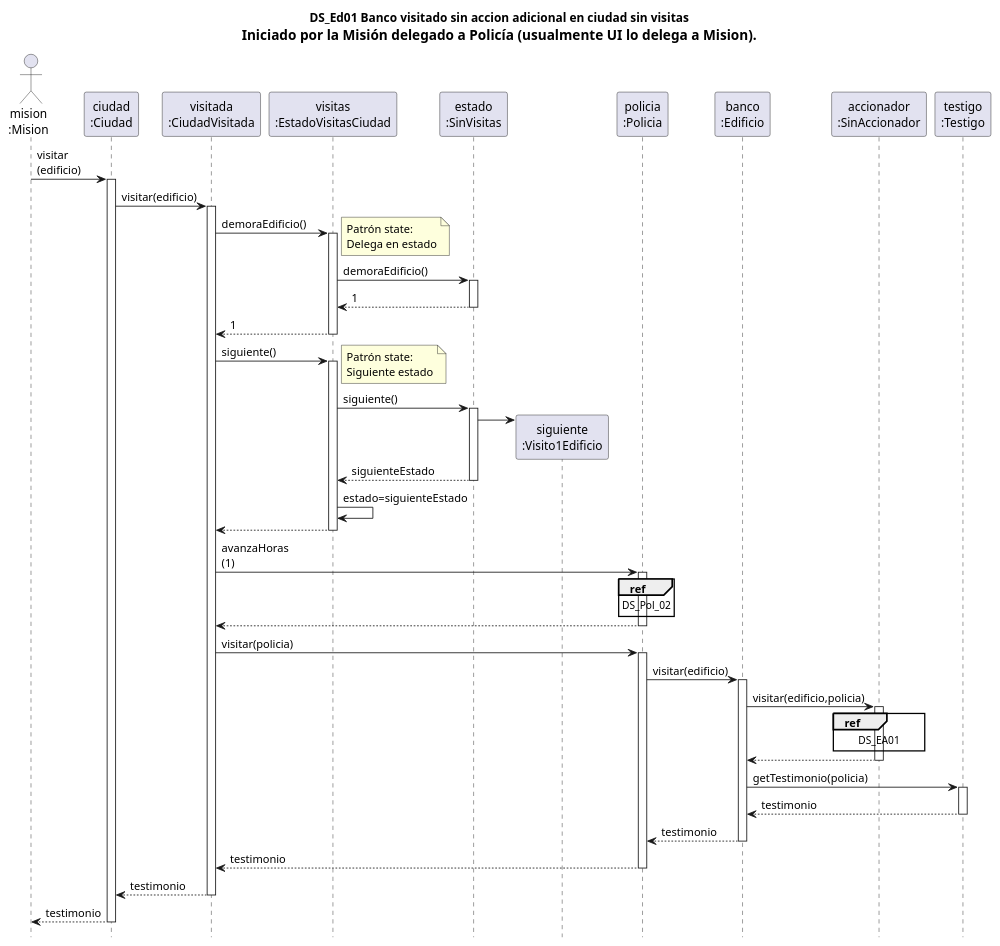
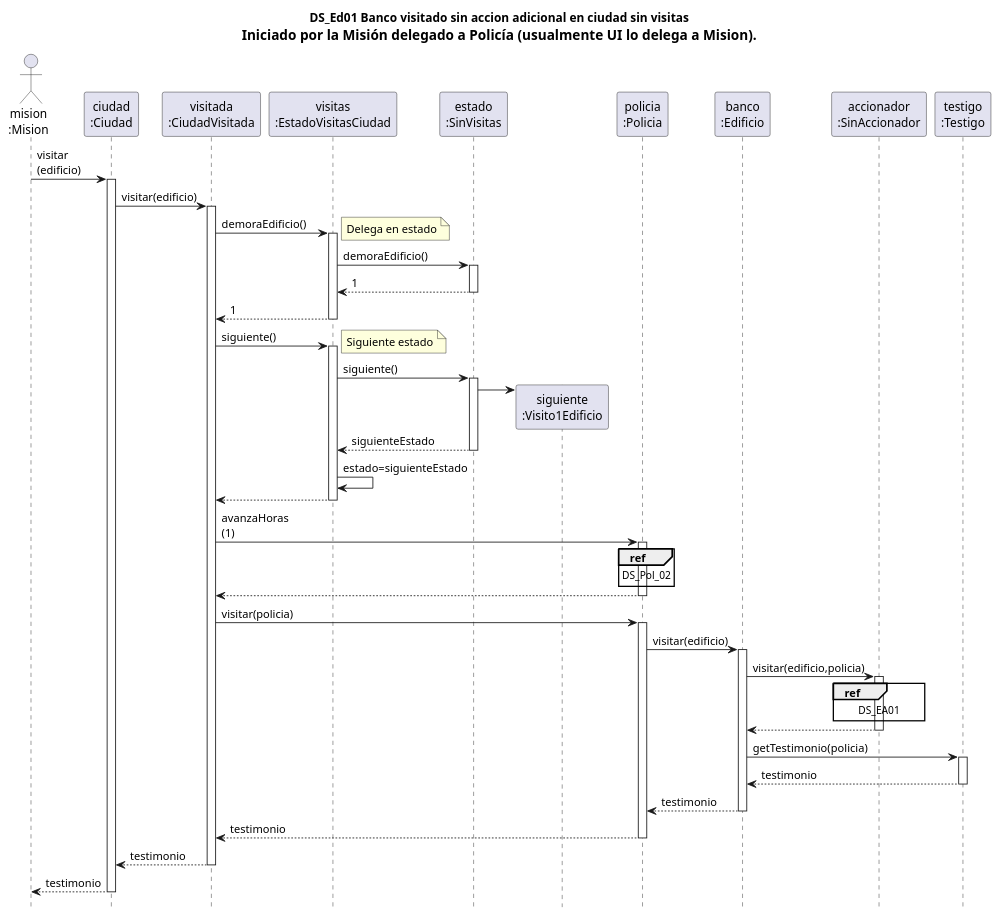
One commit to MarconMatias/TP2-AyPIII changed the diagram in diagrams/sequences/DS_Ed01_Banco_visitado_sin_accion.plantuml. Above: the diagram before and after it, drawn with PlantUML.

Commit message:
Quitar referencia a State

```diff
--- a/diagrams/sequences/DS_Ed01_Banco_visitado_sin_accion.plantuml
+++ b/diagrams/sequences/DS_Ed01_Banco_visitado_sin_accion.plantuml
@@ -1,58 +1,56 @@
 @startuml ds
 hide footbox
 !pragma teoz true
 skinparam maxMessageSize 200
 title DS_Ed01 Banco visitado sin accion adicional en ciudad sin visitas\n<size:16>Iniciado por la Misión delegado a Policía (usualmente UI lo delega a Mision).</size>
 
 actor "mision\n:Mision" as M
 participant "ciudad\n:Ciudad" as C
 participant "visitada\n:CiudadVisitada" as V
 participant "visitas\n:EstadoVisitasCiudad" as N
 participant "estado\n:SinVisitas" as i0
 participant "siguiente\n:Visito1Edificio" as i1
 participant "policia\n:Policia" as P
 participant "banco\n:Edificio" as E
 participant "accionador\n:SinAccionador" as A
 participant "testigo\n:Testigo" as T
 
 M->C++:visitar\n(edificio)
     C->V++:visitar(edificio)
         V->N++:demoraEdificio()
             note right
-                Patrón state:
                 Delega en estado
             end note
             N->i0++:demoraEdificio()
             return 1
         return 1
 
         V->N++:siguiente()
             note right
-                Patrón state:
                 Siguiente estado
             end note
             N->i0++:siguiente()
                 i0->i1**
             return siguienteEstado
             N->N: estado=siguienteEstado
         return
 
         V->P++:avanzaHoras\n(1)
             ref over P
                 DS_Pol_02
             end ref
         return
         V->P++:visitar(policia)
             P->E++:visitar(edificio)
                 E->A++:visitar(edificio,policia)
                     ref over A
                         DS_EA01
                     end ref
                 return
                 E->T++:getTestimonio(policia)
                 return testimonio
             return testimonio
         return testimonio
     return testimonio
 return testimonio
 @enduml
```
